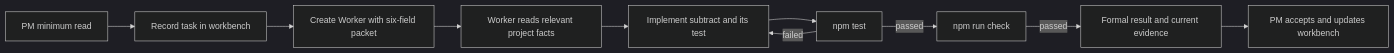
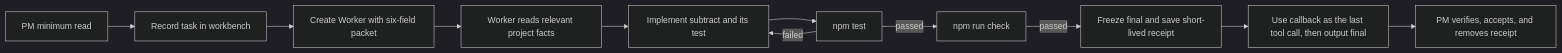
The diagram in docs/en/quick-start.md (adubeyond/beyond-ai-collaboration), drawn with Mermaid (dark theme) before and after one commit. The commit also changed other lines of this file and 3 other files, not shown here.

````diff
--- a/docs/en/quick-start.md
+++ b/docs/en/quick-start.md
@@ -118,12 +118,13 @@
 ```mermaid
 flowchart LR
     A["PM minimum read"] --> B["Record task in workbench"]
     B --> C["Create Worker with six-field packet"]
     C --> D["Worker reads relevant project facts"]
     D --> E["Implement subtract and its test"]
     E --> F["npm test"]
     F -->|"failed"| E
     F -->|"passed"| G["npm run check"]
-    G -->|"passed"| H["Formal result and current evidence"]
-    H --> I["PM accepts and updates workbench"]
+    G -->|"passed"| H["Freeze final and save short-lived receipt"]
+    H --> J["Use callback as the last tool call, then output final"]
+    J --> I["PM verifies, accepts, and removes receipt"]
 ```
````
